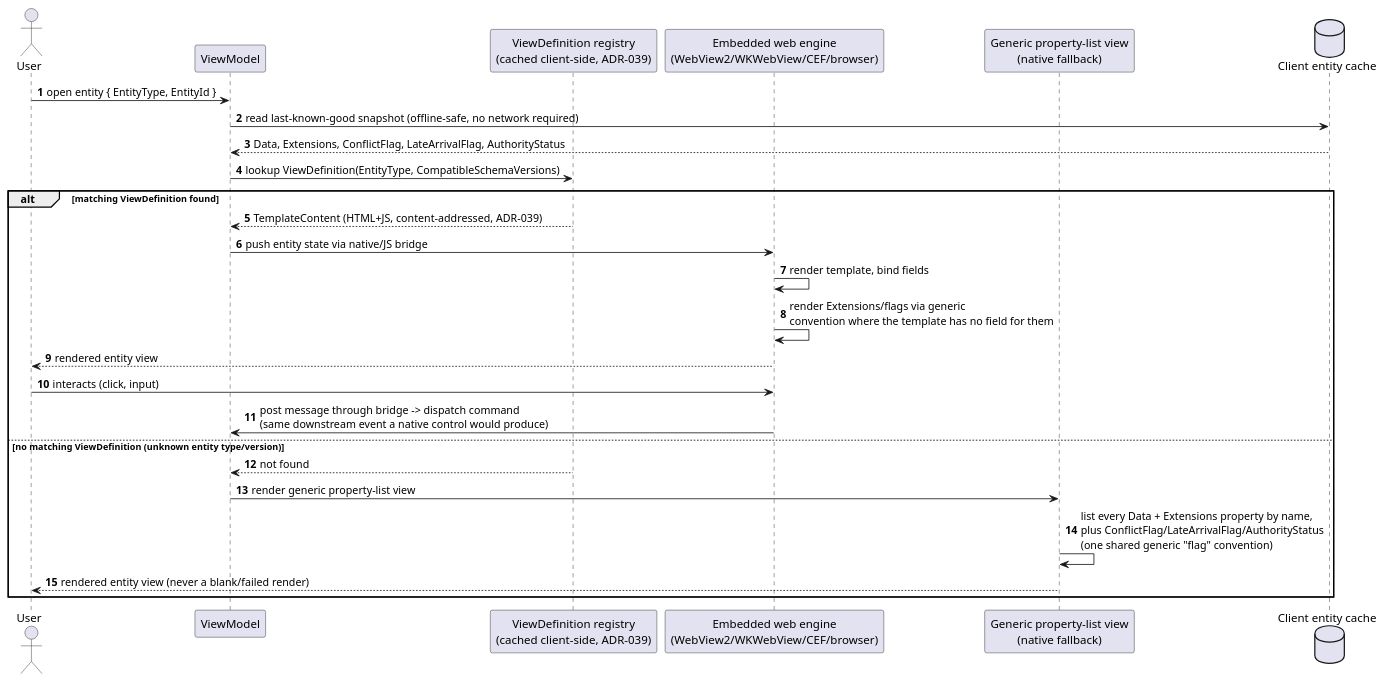
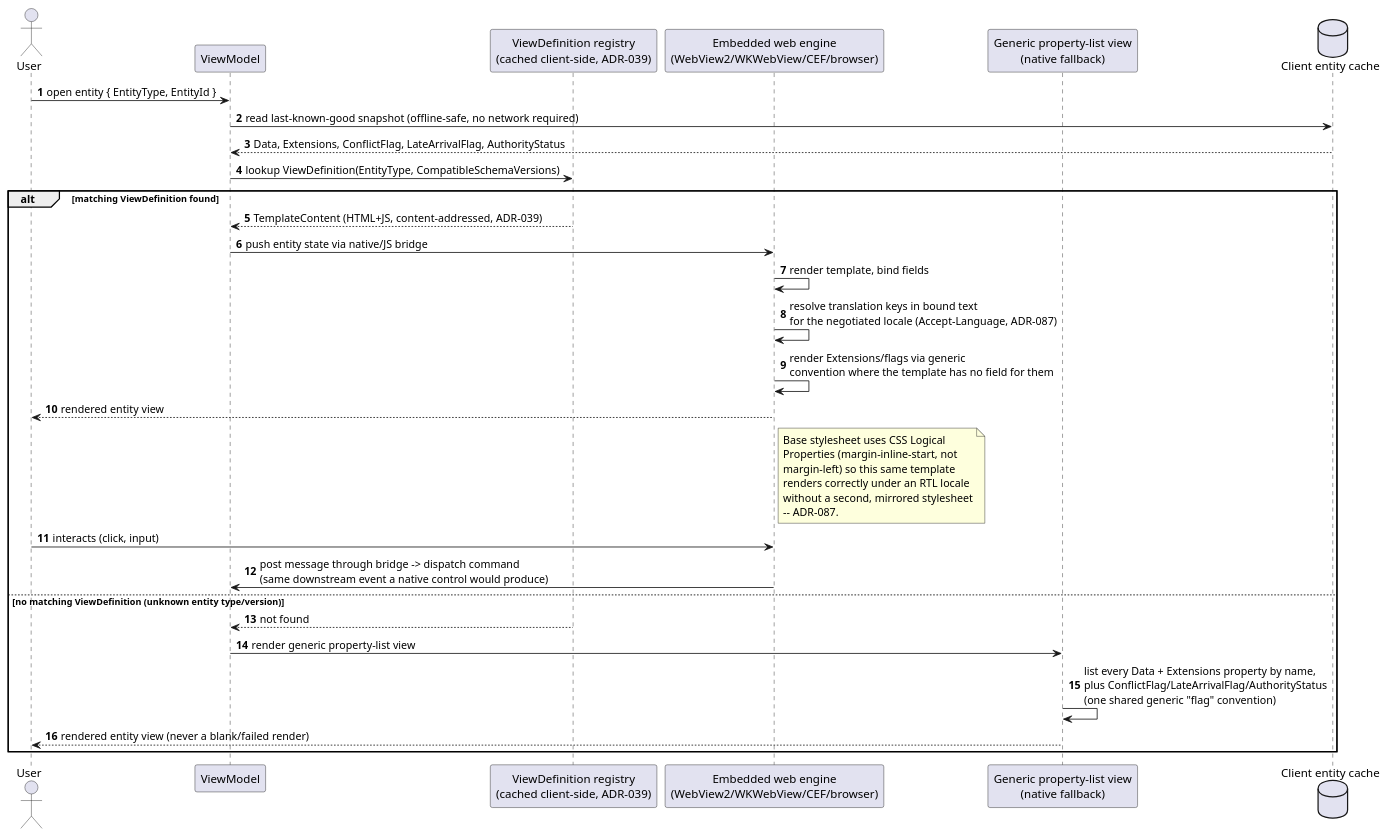
One commit to Mwwhited-BookLearning/EventSourcing changed the second of 4 diagrams in docs/features/mvvm-client.md. Above: the diagram before and after it, drawn with PlantUML. The commit also changed other lines of this file and 11 other files, not shown here.

````diff
--- a/docs/features/mvvm-client.md
+++ b/docs/features/mvvm-client.md
@@ -158,30 +158,39 @@
 ```plantuml
 @startuml MvvmClient_ViewDefinition_Fallback_Sequence
 autonumber
 actor User
 participant "ViewModel" as vm
 participant "ViewDefinition registry\n(cached client-side, ADR-039)" as registry
 participant "Embedded web engine\n(WebView2/WKWebView/CEF/browser)" as webengine
 participant "Generic property-list view\n(native fallback)" as fallback
 database "Client entity cache" as cache
 
 User -> vm: open entity { EntityType, EntityId }
 vm -> cache: read last-known-good snapshot (offline-safe, no network required)
 cache --> vm: Data, Extensions, ConflictFlag, LateArrivalFlag, AuthorityStatus
 vm -> registry: lookup ViewDefinition(EntityType, CompatibleSchemaVersions)
 alt matching ViewDefinition found
   registry --> vm: TemplateContent (HTML+JS, content-addressed, ADR-039)
   vm -> webengine: push entity state via native/JS bridge
   webengine -> webengine: render template, bind fields
+  webengine -> webengine: resolve translation keys in bound text\nfor the negotiated locale (Accept-Language, ADR-087)
   webengine -> webengine: render Extensions/flags via generic\nconvention where the template has no field for them
   webengine --> User: rendered entity view
+  note right of webengine
+    Base stylesheet uses CSS Logical
+    Properties (margin-inline-start, not
+    margin-left) so this same template
+    renders correctly under an RTL locale
+    without a second, mirrored stylesheet
+    -- ADR-087.
+  end note
   User -> webengine: interacts (click, input)
   webengine -> vm: post message through bridge -> dispatch command\n(same downstream event a native control would produce)
 else no matching ViewDefinition (unknown entity type/version)
   registry --> vm: not found
   vm -> fallback: render generic property-list view
   fallback -> fallback: list every Data + Extensions property by name,\nplus ConflictFlag/LateArrivalFlag/AuthorityStatus\n(one shared generic "flag" convention)
   fallback --> User: rendered entity view (never a blank/failed render)
 end
 @enduml
 ```
````
